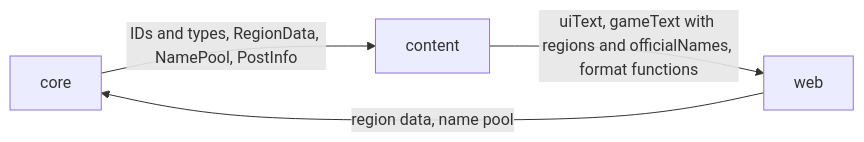
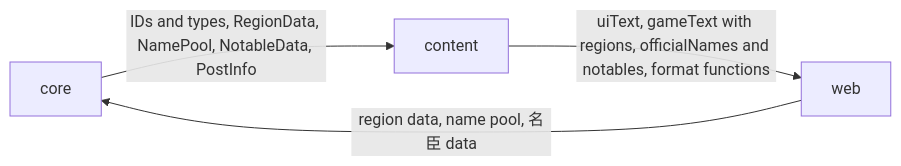
Before and after one commit to dcheng1248/agent-harness-test: the diagram in packages/content/ARCHITECTURE.md, drawn with Mermaid. The commit also changed other lines of this file and 9 other files, not shown here.

````diff
--- a/packages/content/ARCHITECTURE.md
+++ b/packages/content/ARCHITECTURE.md
@@ -9,6 +9,6 @@
 ```mermaid
 flowchart LR
-  core -->|IDs and types, RegionData, NamePool, PostInfo| content
-  content -->|uiText, gameText with regions and officialNames, format functions| web
-  web -->|region data, name pool| core
+  core -->|IDs and types, RegionData, NamePool, NotableData, PostInfo| content
+  content -->|uiText, gameText with regions, officialNames and notables, format functions| web
+  web -->|region data, name pool, 名臣 data| core
 ```
````
